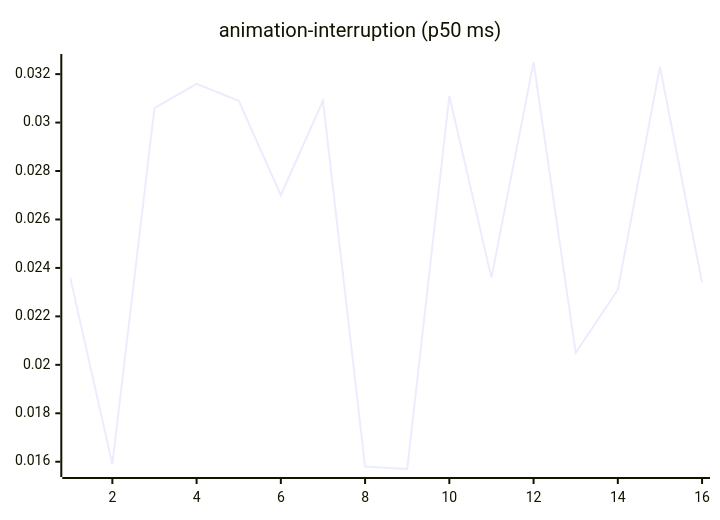
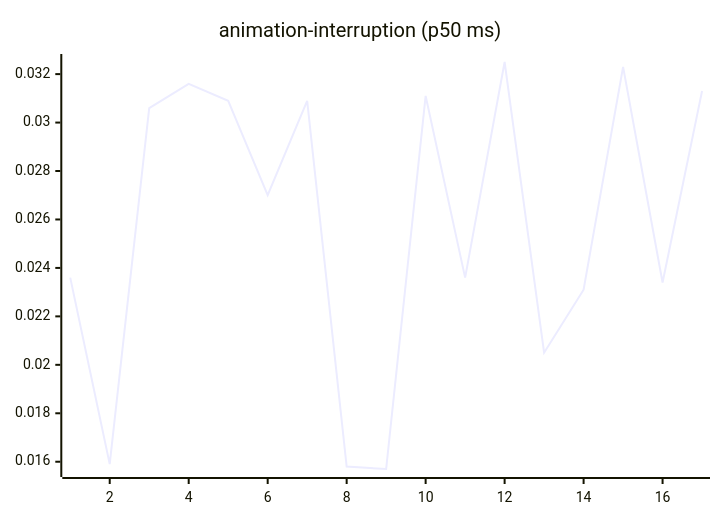
The third of 27 diagrams in README.md (josha/Facet), drawn with Mermaid before and after one commit. The commit also changed other lines of this file and 2 other files, not shown here.

````diff
--- a/README.md
+++ b/README.md
@@ -77,6 +77,6 @@
 ```mermaid
 xychart-beta
     title "animation-interruption (p50 ms)"
-    x-axis 1 --> 16
-    line [0.0236, 0.0159, 0.0306, 0.0316, 0.0309, 0.0270, 0.0309, 0.0158, 0.0157, 0.0311, 0.0236, 0.0325, 0.0205, 0.0231, 0.0323, 0.0234]
+    x-axis 1 --> 17
+    line [0.0236, 0.0159, 0.0306, 0.0316, 0.0309, 0.0270, 0.0309, 0.0158, 0.0157, 0.0311, 0.0236, 0.0325, 0.0205, 0.0231, 0.0323, 0.0234, 0.0313]
 ```
````
